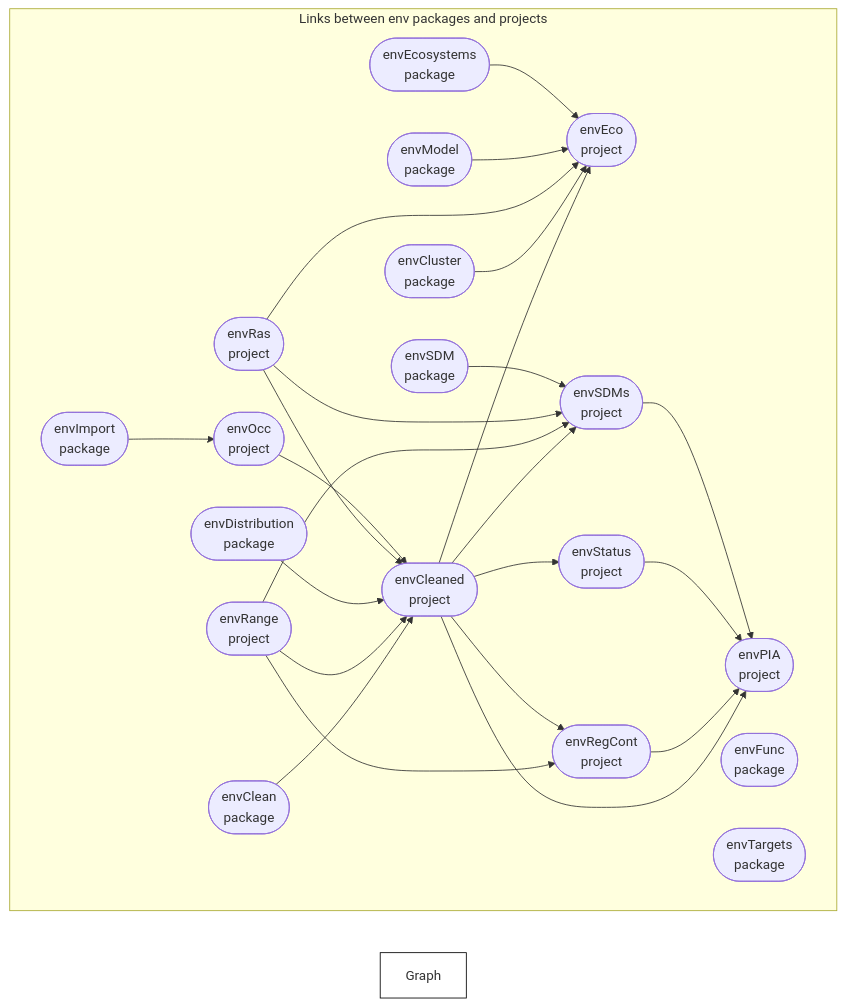
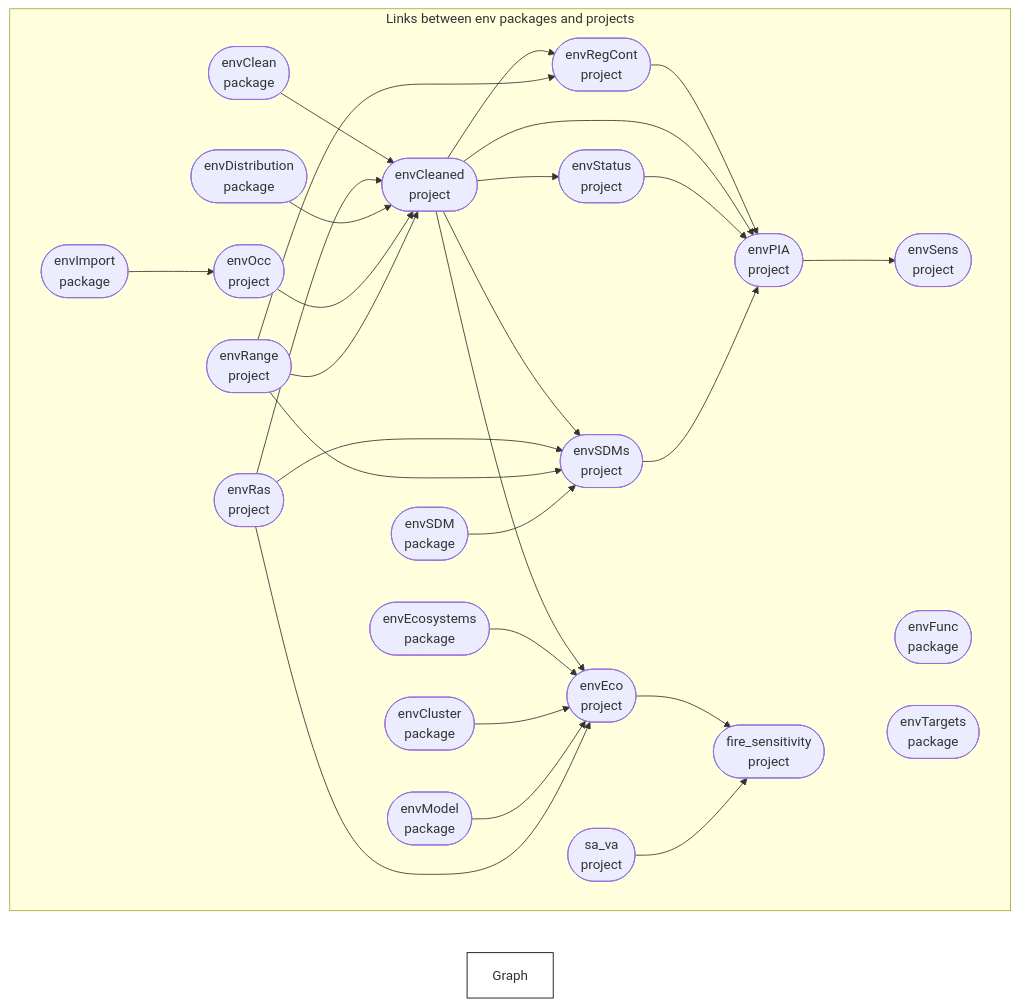
The diagram in profile/README.md (dew-landscapes/.github), drawn with Mermaid before and after one commit. The commit also changed other lines of this file and 2 other files, not shown here.

Commit message:
traits and sensitivity added

````diff
--- a/profile/README.md
+++ b/profile/README.md
@@ -45,31 +45,34 @@
 ``` mermaid
 graph LR
   style Graph fill:#FFFFFF00,stroke:#000000;
   subgraph Links between env packages and projects
     direction LR
     x199e33ac94c360fd(["envClean<br>package"]):::queued --> x4e1f08a5bd05b882(["envCleaned<br>project"]):::queued
+    x67b5feaf09e4d0ca(["envRas<br>project"]):::queued --> x4e1f08a5bd05b882(["envCleaned<br>project"]):::queued
+    xb53407deaf8a50f7(["envDistribution<br>package"]):::queued --> x4e1f08a5bd05b882(["envCleaned<br>project"]):::queued
+    x9d3addc2d3c28cb0(["envOcc<br>project"]):::queued --> x4e1f08a5bd05b882(["envCleaned<br>project"]):::queued
     x4f41d9ef8b70ed0e(["envRange<br>project"]):::queued --> x4e1f08a5bd05b882(["envCleaned<br>project"]):::queued
-    xb53407deaf8a50f7(["envDistribution<br>package"]):::queued --> x4e1f08a5bd05b882(["envCleaned<br>project"]):::queued
-    x67b5feaf09e4d0ca(["envRas<br>project"]):::queued --> x4e1f08a5bd05b882(["envCleaned<br>project"]):::queued
-    x9d3addc2d3c28cb0(["envOcc<br>project"]):::queued --> x4e1f08a5bd05b882(["envCleaned<br>project"]):::queued
     x4e1f08a5bd05b882(["envCleaned<br>project"]):::queued --> xc70bb609a37b98f0(["envEco<br>project"]):::queued
+    x3c533c4f6ac5a427(["envEcosystems<br>package"]):::queued --> xc70bb609a37b98f0(["envEco<br>project"]):::queued
     x9eca96d789260dc6(["envCluster<br>package"]):::queued --> xc70bb609a37b98f0(["envEco<br>project"]):::queued
+    x3c05f6553dd2ee1d(["envModel<br>package"]):::queued --> xc70bb609a37b98f0(["envEco<br>project"]):::queued
     x67b5feaf09e4d0ca(["envRas<br>project"]):::queued --> xc70bb609a37b98f0(["envEco<br>project"]):::queued
-    x3c05f6553dd2ee1d(["envModel<br>package"]):::queued --> xc70bb609a37b98f0(["envEco<br>project"]):::queued
-    x3c533c4f6ac5a427(["envEcosystems<br>package"]):::queued --> xc70bb609a37b98f0(["envEco<br>project"]):::queued
     xa419b1871c902a02(["envImport<br>package"]):::queued --> x9d3addc2d3c28cb0(["envOcc<br>project"]):::queued
+    x5499a04bf3778295(["envRegCont<br>project"]):::queued --> x2cb0f2dc918c8a98(["envPIA<br>project"]):::queued
     x4e1f08a5bd05b882(["envCleaned<br>project"]):::queued --> x2cb0f2dc918c8a98(["envPIA<br>project"]):::queued
-    x5499a04bf3778295(["envRegCont<br>project"]):::queued --> x2cb0f2dc918c8a98(["envPIA<br>project"]):::queued
     xf290cd0a0c6ffe34(["envStatus<br>project"]):::queued --> x2cb0f2dc918c8a98(["envPIA<br>project"]):::queued
     xc1054dd4c63b18e0(["envSDMs<br>project"]):::queued --> x2cb0f2dc918c8a98(["envPIA<br>project"]):::queued
+    x4e1f08a5bd05b882(["envCleaned<br>project"]):::queued --> x5499a04bf3778295(["envRegCont<br>project"]):::queued
     x4f41d9ef8b70ed0e(["envRange<br>project"]):::queued --> x5499a04bf3778295(["envRegCont<br>project"]):::queued
-    x4e1f08a5bd05b882(["envCleaned<br>project"]):::queued --> x5499a04bf3778295(["envRegCont<br>project"]):::queued
     x4e1f08a5bd05b882(["envCleaned<br>project"]):::queued --> xc1054dd4c63b18e0(["envSDMs<br>project"]):::queued
+    x67b5feaf09e4d0ca(["envRas<br>project"]):::queued --> xc1054dd4c63b18e0(["envSDMs<br>project"]):::queued
     x4f41d9ef8b70ed0e(["envRange<br>project"]):::queued --> xc1054dd4c63b18e0(["envSDMs<br>project"]):::queued
-    x67b5feaf09e4d0ca(["envRas<br>project"]):::queued --> xc1054dd4c63b18e0(["envSDMs<br>project"]):::queued
     x07cddf360e9b199e(["envSDM<br>package"]):::queued --> xc1054dd4c63b18e0(["envSDMs<br>project"]):::queued
+    x2cb0f2dc918c8a98(["envPIA<br>project"]):::queued --> x2d1dcea9060b62fe(["envSens<br>project"]):::queued
     x4e1f08a5bd05b882(["envCleaned<br>project"]):::queued --> xf290cd0a0c6ffe34(["envStatus<br>project"]):::queued
+    xc70bb609a37b98f0(["envEco<br>project"]):::queued --> x0f16edc93d113ef9(["fire_sensitivity<br>project"]):::queued
+    xb2a4767da474386b(["sa_va<br>project"]):::queued --> x0f16edc93d113ef9(["fire_sensitivity<br>project"]):::queued
     x6832f874a98057bb(["envFunc<br>package"]):::queued
     xb03046fba8fa1b84(["envTargets<br>package"]):::queued
   end
 ```
````
